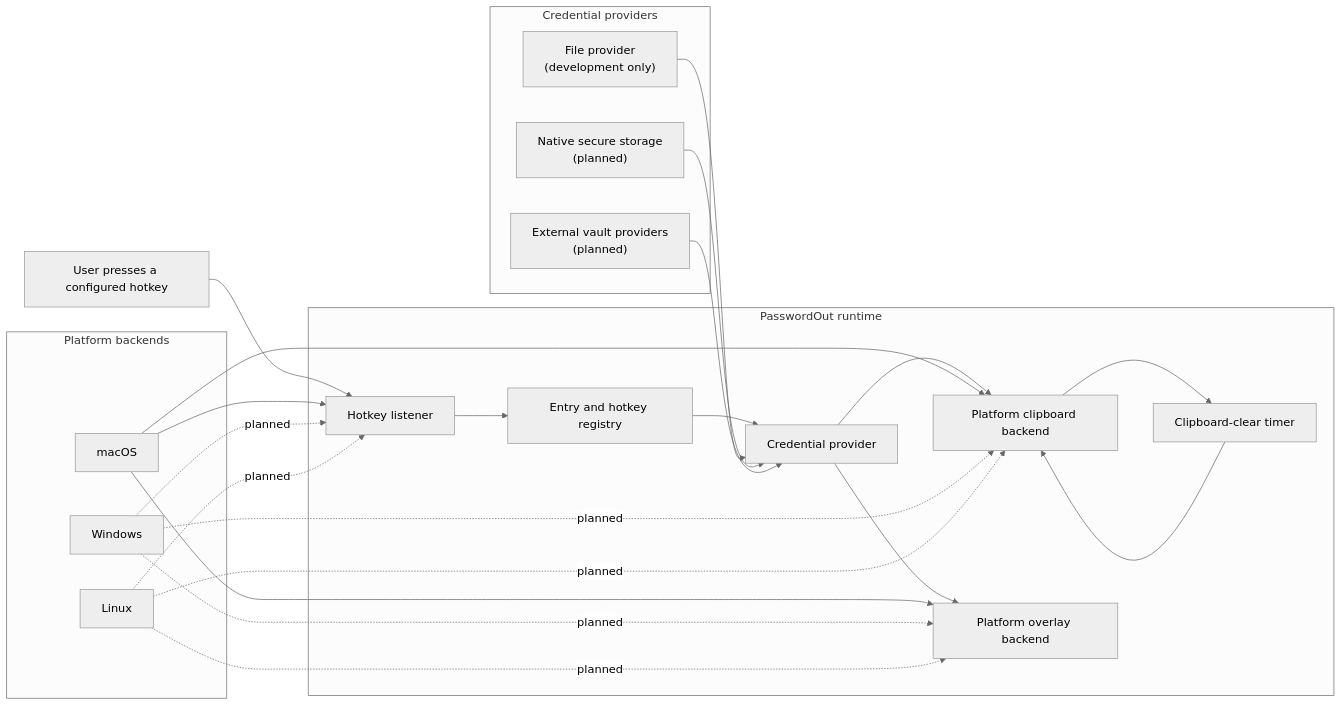
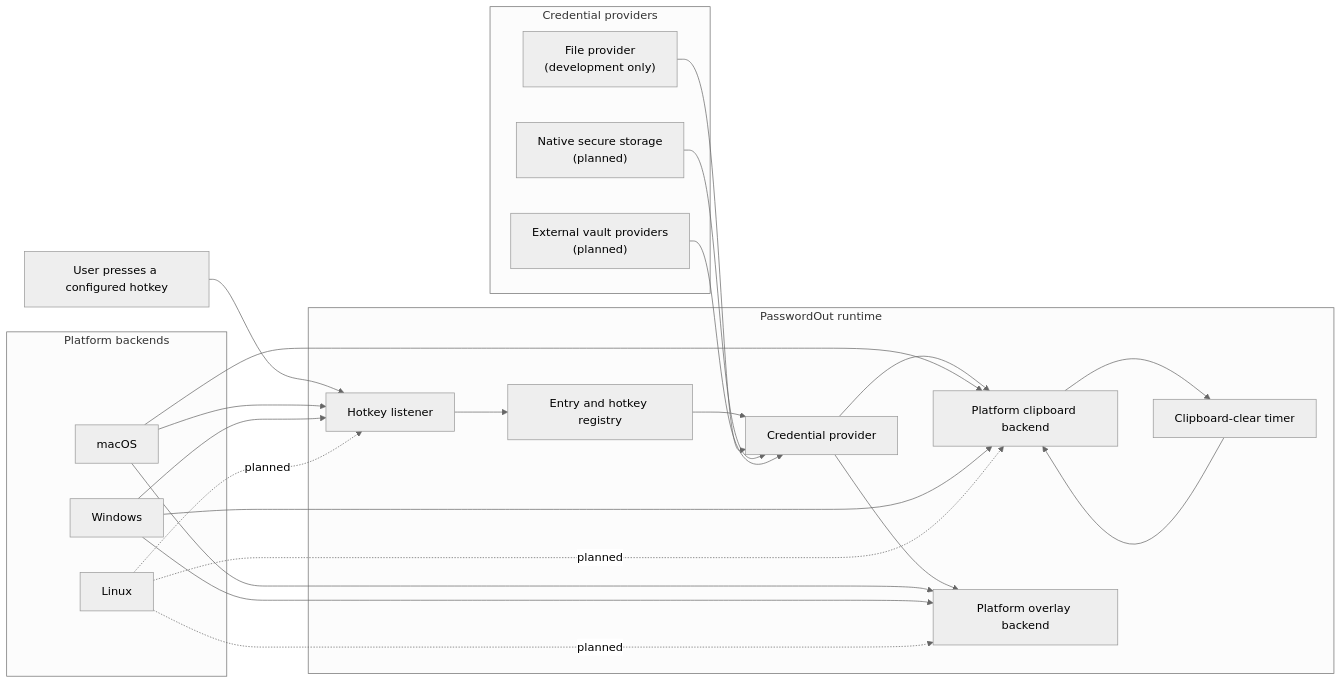
One commit to tobymoreno/password-out changed the first of 2 diagrams in README.md. Above: the diagram before and after it, drawn with Mermaid (neutral theme). The commit also changed other lines of this file, not shown here.

````diff
--- a/README.md
+++ b/README.md
@@ -72,50 +72,50 @@
 ```mermaid
 flowchart LR
     User["User presses a configured hotkey"]
 
     subgraph Runtime["PasswordOut runtime"]
         Listener["Hotkey listener"]
         Registry["Entry and hotkey registry"]
         Provider["Credential provider"]
         Clipboard["Platform clipboard backend"]
         Overlay["Platform overlay backend"]
         Timer["Clipboard-clear timer"]
     end
 
     subgraph Providers["Credential providers"]
         File["File provider<br/>(development only)"]
         Native["Native secure storage<br/>(planned)"]
         External["External vault providers<br/>(planned)"]
     end
 
     subgraph Platforms["Platform backends"]
         Mac["macOS"]
         Win["Windows"]
         Linux["Linux"]
     end
 
     User --> Listener
     Listener --> Registry
     Registry --> Provider
 
     File --> Provider
     Native --> Provider
     External --> Provider
 
     Provider --> Clipboard
     Provider --> Overlay
     Clipboard --> Timer
     Timer --> Clipboard
 
     Mac --> Listener
     Mac --> Clipboard
     Mac --> Overlay
 
-    Win -. planned .-> Listener
-    Win -. planned .-> Clipboard
-    Win -. planned .-> Overlay
+    Win --> Listener
+    Win --> Clipboard
+    Win --> Overlay
 
     Linux -. planned .-> Listener
     Linux -. planned .-> Clipboard
     Linux -. planned .-> Overlay
 ```
````
